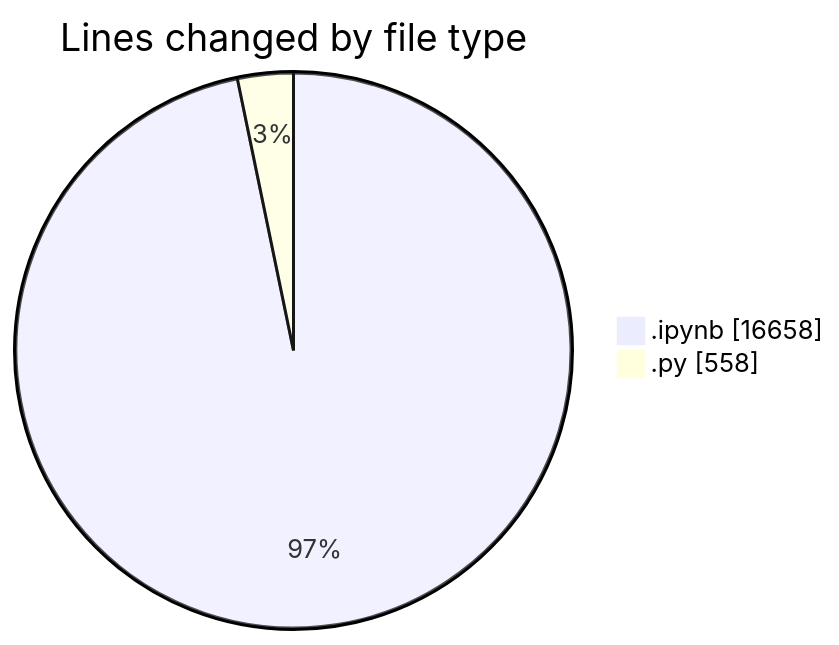
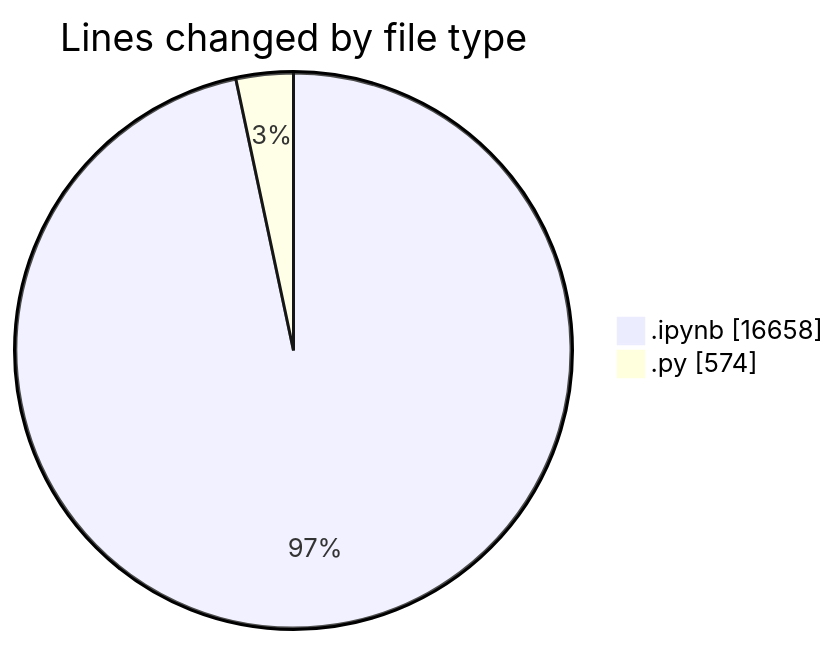
The first of 2 diagrams in 2025-03-20/myws__workspace_/README.md (MatusMokan/code-tracking), drawn with Mermaid before and after one commit. The commit also changed other lines of this file and 1 other file, not shown here.

````diff
--- a/2025-03-20/myws__workspace_/README.md
+++ b/2025-03-20/myws__workspace_/README.md
@@ -21,6 +21,6 @@
 ```mermaid
 pie showData
 title Lines changed by file type
 ".ipynb" : 16658
-".py" : 558
+".py" : 574
 ```
````
